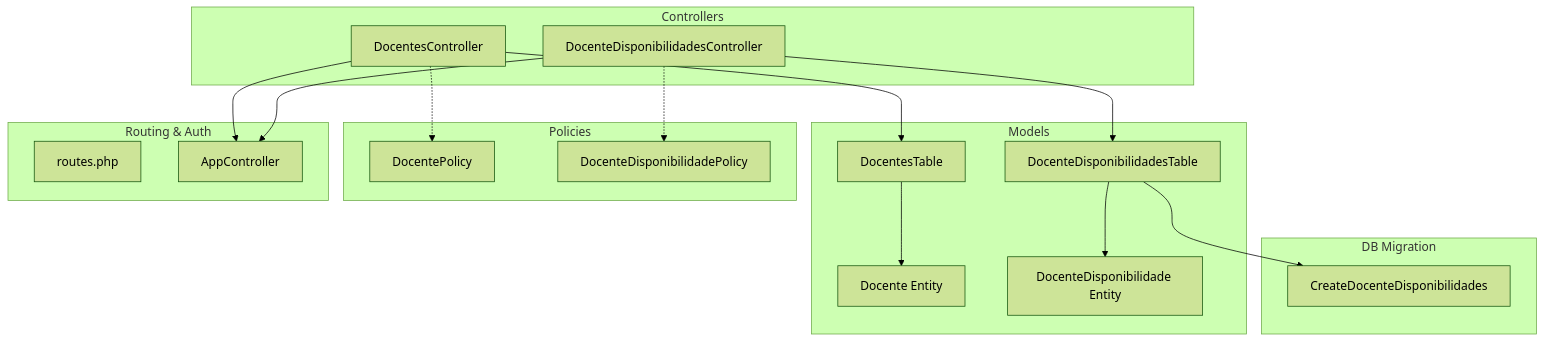
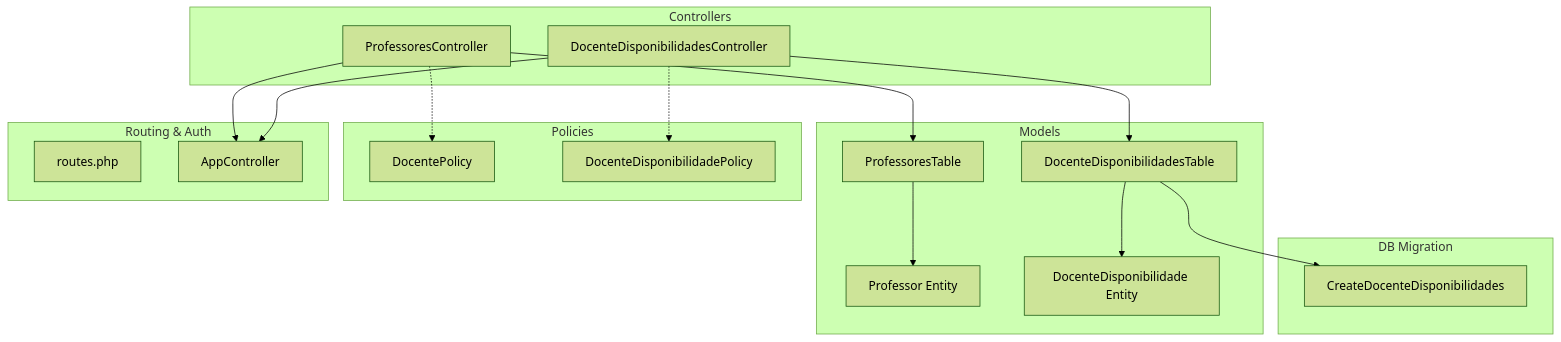
The first of 5 diagrams in .qoder/repowiki/en/content/API Reference/Faculty Management API.md (luiseduacosta/planejamento5), drawn with Mermaid (forest theme) before and after one commit. The commit also changed other lines of this file and 37 other files, not shown here.

Commit message:
repowiki: rename Docentes → Professores in metadata

````diff
--- a/.qoder/repowiki/en/content/API Reference/Faculty Management API.md
+++ b/.qoder/repowiki/en/content/API Reference/Faculty Management API.md
@@ -43,33 +43,33 @@
 ```mermaid
 graph TB
 subgraph "Controllers"
-DC["DocentesController"]
+DC["ProfessoresController"]
 DDC["DocenteDisponibilidadesController"]
 end
 subgraph "Models"
-DT["DocentesTable"]
+DT["ProfessoresTable"]
 DDT["DocenteDisponibilidadesTable"]
-DE["Docente Entity"]
+DE["Professor Entity"]
 DDE["DocenteDisponibilidade Entity"]
 end
 subgraph "Policies"
 DP["DocentePolicy"]
 DDP["DocenteDisponibilidadePolicy"]
 end
 subgraph "Routing & Auth"
 RT["routes.php"]
 AC["AppController"]
 end
 subgraph "DB Migration"
 MIG["CreateDocenteDisponibilidades"]
 end
 DC --> DT
 DDC --> DDT
 DT --> DE
 DDT --> DDE
 DC -.-> DP
 DDC -.-> DDP
 DC --> AC
 DDC --> AC
 DDT --> MIG
 ```
````
